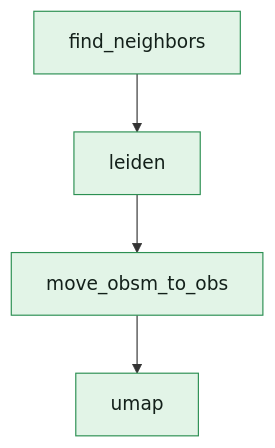
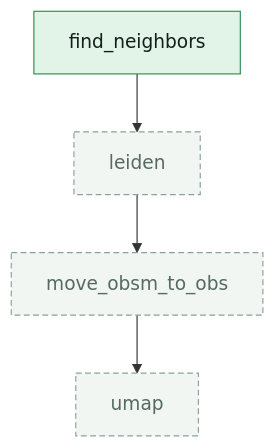
Before and after one commit to openpipelines-bio/openpipeline_docs: the diagram in reference/openpipeline/v4.2.0/workflows/multiomics/neighbors_leiden_umap.qmd, drawn with Mermaid. The commit also changed other lines of this file and 40 other files, not shown here.

````diff
--- a/reference/openpipeline/v4.2.0/workflows/multiomics/neighbors_leiden_umap.qmd
+++ b/reference/openpipeline/v4.2.0/workflows/multiomics/neighbors_leiden_umap.qmd
@@ -120,14 +120,14 @@
 ```{mermaid}
 flowchart TB
-    v112["umap"]
-    v19["find_neighbors"]
-    v50["leiden"]
-    v81["move_obsm_to_obs"]
-    v19 --> v50
-    v50 --> v81
-    v81 --> v112
-    style v112 fill:#e2f4e7,stroke:#2b8f52,color:#13201a
-    style v19 fill:#e2f4e7,stroke:#2b8f52,color:#13201a
-    style v50 fill:#e2f4e7,stroke:#2b8f52,color:#13201a
-    style v81 fill:#e2f4e7,stroke:#2b8f52,color:#13201a
+    c_cluster_leiden["leiden"]
+    c_dimred_umap["umap"]
+    c_metadata_move_obsm_to_obs["move_obsm_to_obs"]
+    c_neighbors_find_neighbors["find_neighbors"]
+    c_cluster_leiden --> c_metadata_move_obsm_to_obs
+    c_metadata_move_obsm_to_obs --> c_dimred_umap
+    c_neighbors_find_neighbors --> c_cluster_leiden
+    style c_cluster_leiden fill:#f2f6f3,stroke:#8ba295,stroke-dasharray:5 3,color:#566b5f
+    style c_dimred_umap fill:#f2f6f3,stroke:#8ba295,stroke-dasharray:5 3,color:#566b5f
+    style c_metadata_move_obsm_to_obs fill:#f2f6f3,stroke:#8ba295,stroke-dasharray:5 3,color:#566b5f
+    style c_neighbors_find_neighbors fill:#e2f4e7,stroke:#2b8f52,color:#13201a
 ```
````
